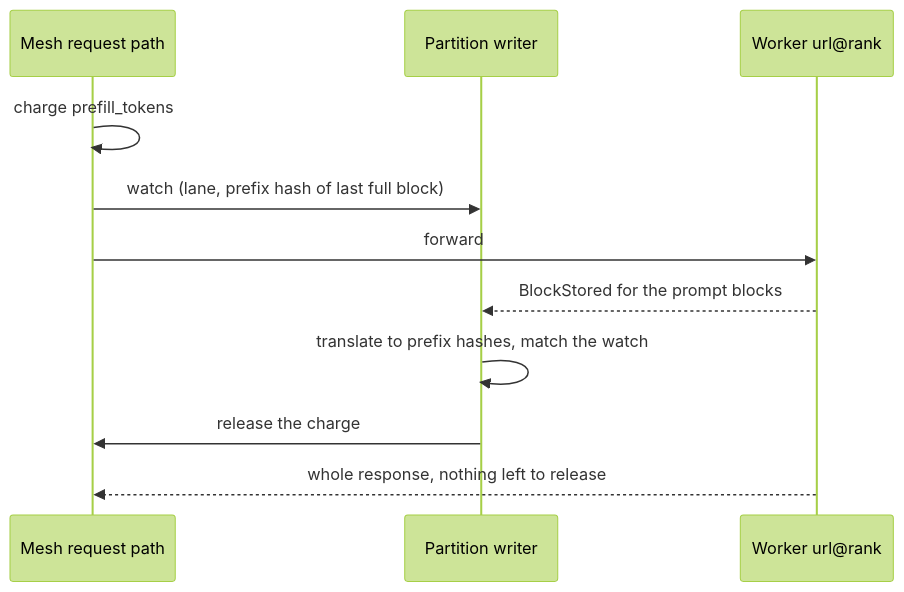
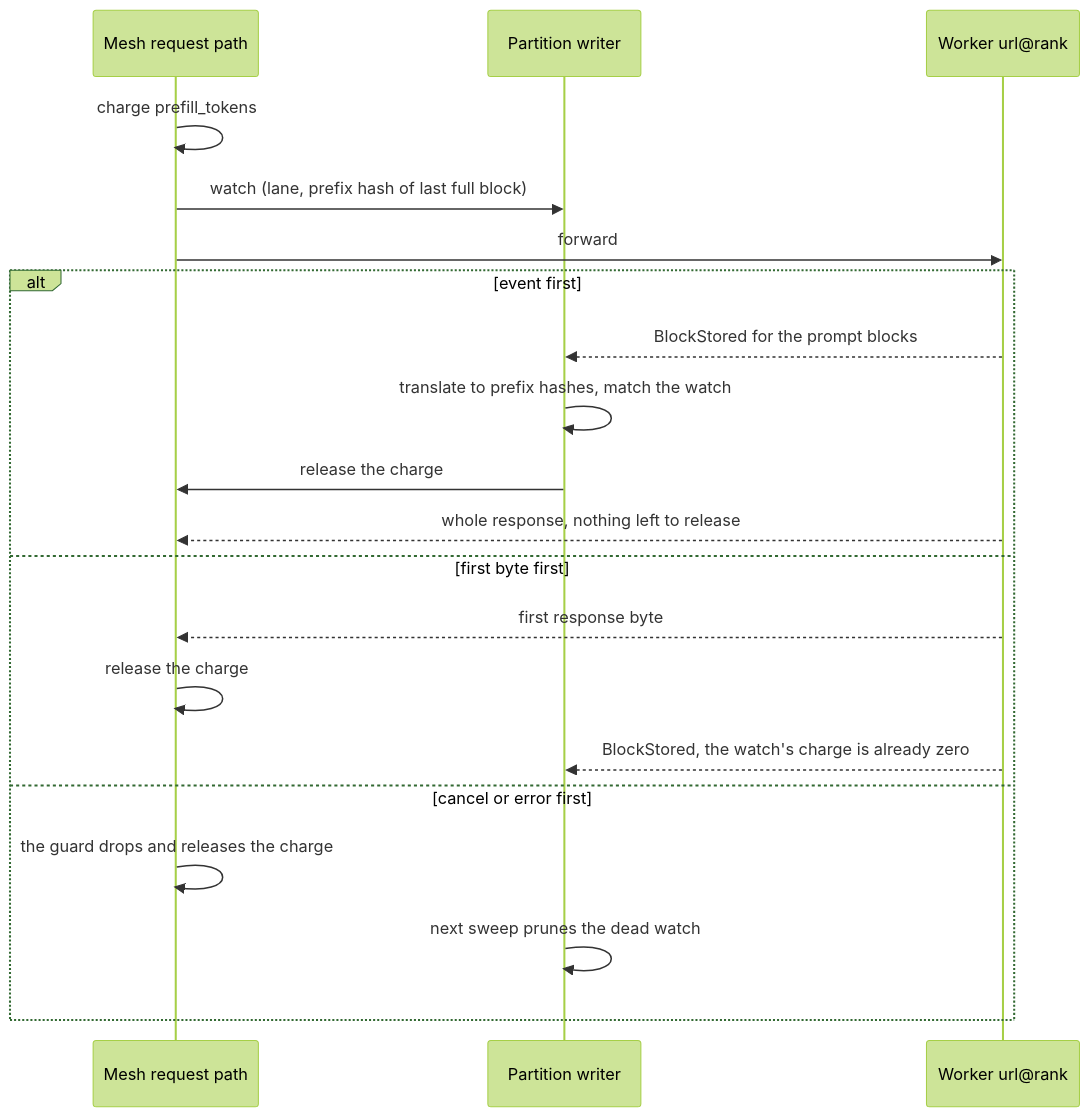
Before and after one commit to MengqingCao/ATOM: the second of 3 diagrams in atom/mesh/docs/prefill_charge.md, drawn with Mermaid (forest theme). The commit also changed other lines of this file, not shown here.

First line of the commit message:
docs(mesh): prefill charge design, round 2 review fixes

````diff
--- a/atom/mesh/docs/prefill_charge.md
+++ b/atom/mesh/docs/prefill_charge.md
@@ -45,13 +45,22 @@
 ```mermaid
 sequenceDiagram
     participant M as Mesh request path
     participant P as Partition writer
     participant W as Worker url@rank
     M->>M: charge prefill_tokens
     M->>P: watch (lane, prefix hash of last full block)
     M->>W: forward
-    W-->>P: BlockStored for the prompt blocks
-    P->>P: translate to prefix hashes, match the watch
-    P->>M: release the charge
-    W-->>M: whole response, nothing left to release
+    alt event first
+        W-->>P: BlockStored for the prompt blocks
+        P->>P: translate to prefix hashes, match the watch
+        P->>M: release the charge
+        W-->>M: whole response, nothing left to release
+    else first byte first
+        W-->>M: first response byte
+        M->>M: release the charge
+        W-->>P: BlockStored, the watch's charge is already zero
+    else cancel or error first
+        M->>M: the guard drops and releases the charge
+        P->>P: next sweep prunes the dead watch
+    end
 ```
````
